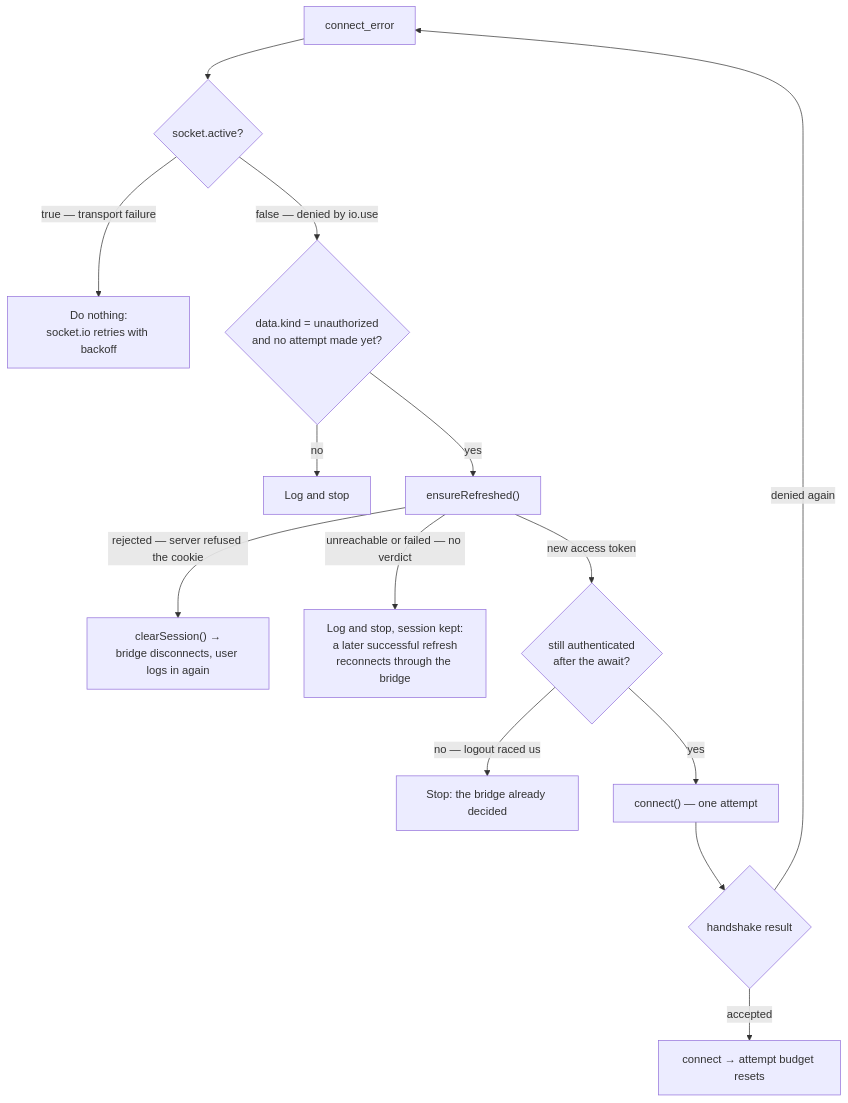
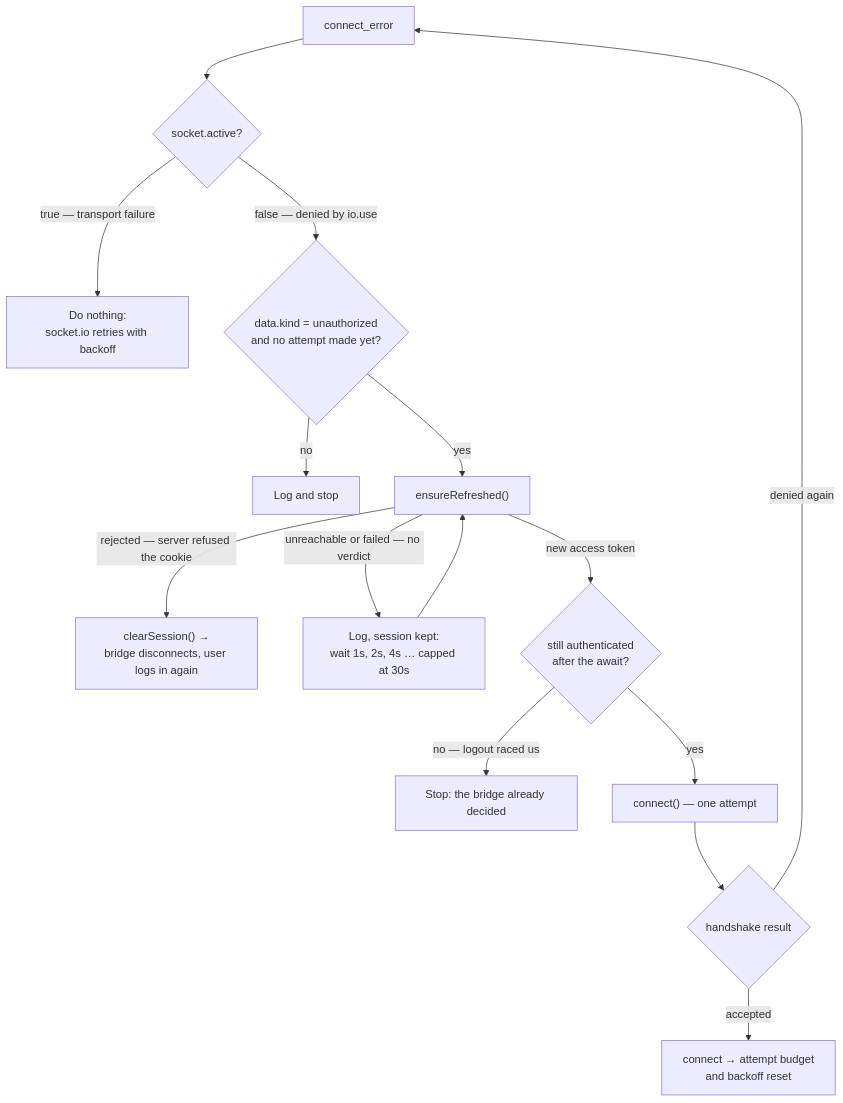
One commit to Vlad193M/Code-Arena changed the second of 3 diagrams in apps/api/docs/websocket.md. Above: the diagram before and after it, drawn with Mermaid. The commit also changed other lines of this file and 1 other file, not shown here.

Commit message:
fix(web): keep retrying the socket recovery while the refresh gets no verdict

````diff
--- a/apps/api/docs/websocket.md
+++ b/apps/api/docs/websocket.md
@@ -59,16 +59,17 @@
 ```mermaid
 flowchart TD
     E["connect_error"] --> A{"socket.active?"}
     A -->|"true — transport failure"| B["Do nothing:<br/>socket.io retries with backoff"]
     A -->|"false — denied by io.use"| K{"data.kind = unauthorized<br/>and no attempt made yet?"}
     K -->|"no"| L["Log and stop"]
     K -->|"yes"| R["ensureRefreshed()"]
     R -->|"rejected — server refused the cookie"| X["clearSession() →<br/>bridge disconnects, user logs in again"]
-    R -->|"unreachable or failed — no verdict"| U["Log and stop, session kept:<br/>a later successful refresh<br/>reconnects through the bridge"]
+    R -->|"unreachable or failed — no verdict"| U["Log, session kept:<br/>wait 1s, 2s, 4s … capped at 30s"]
+    U --> R
     R -->|"new access token"| Q{"still authenticated<br/>after the await?"}
     Q -->|"no — logout raced us"| Y["Stop: the bridge already decided"]
     Q -->|"yes"| C["connect() — one attempt"]
     C --> D{"handshake result"}
     D -->|"denied again"| E
-    D -->|"accepted"| OK["connect → attempt budget resets"]
+    D -->|"accepted"| OK["connect → attempt budget<br/>and backoff reset"]
 ```
````
